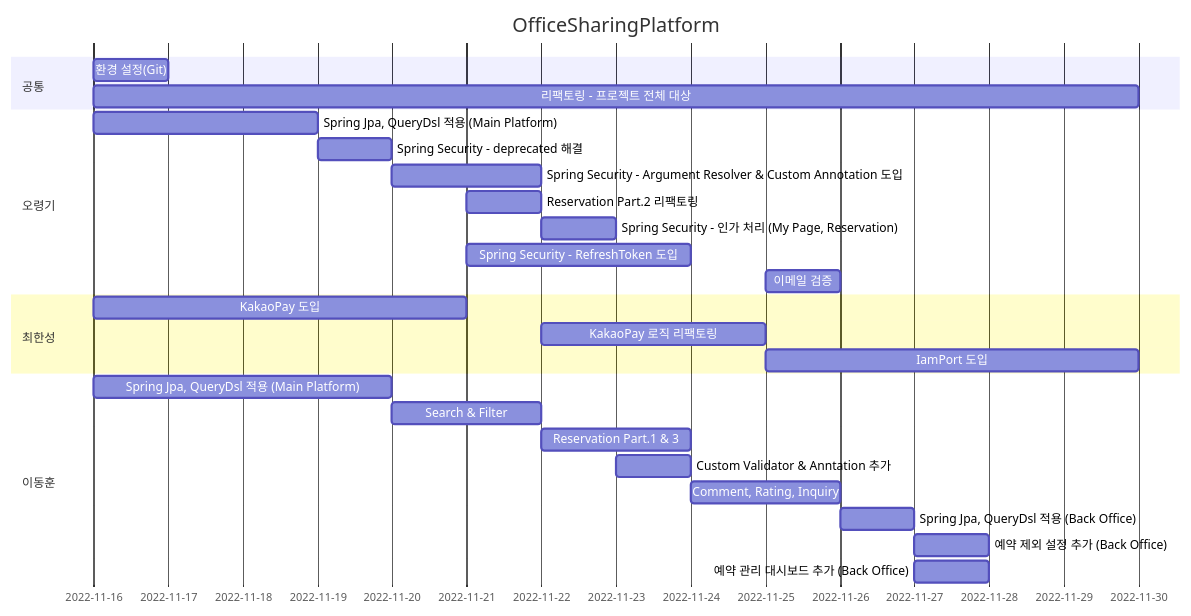
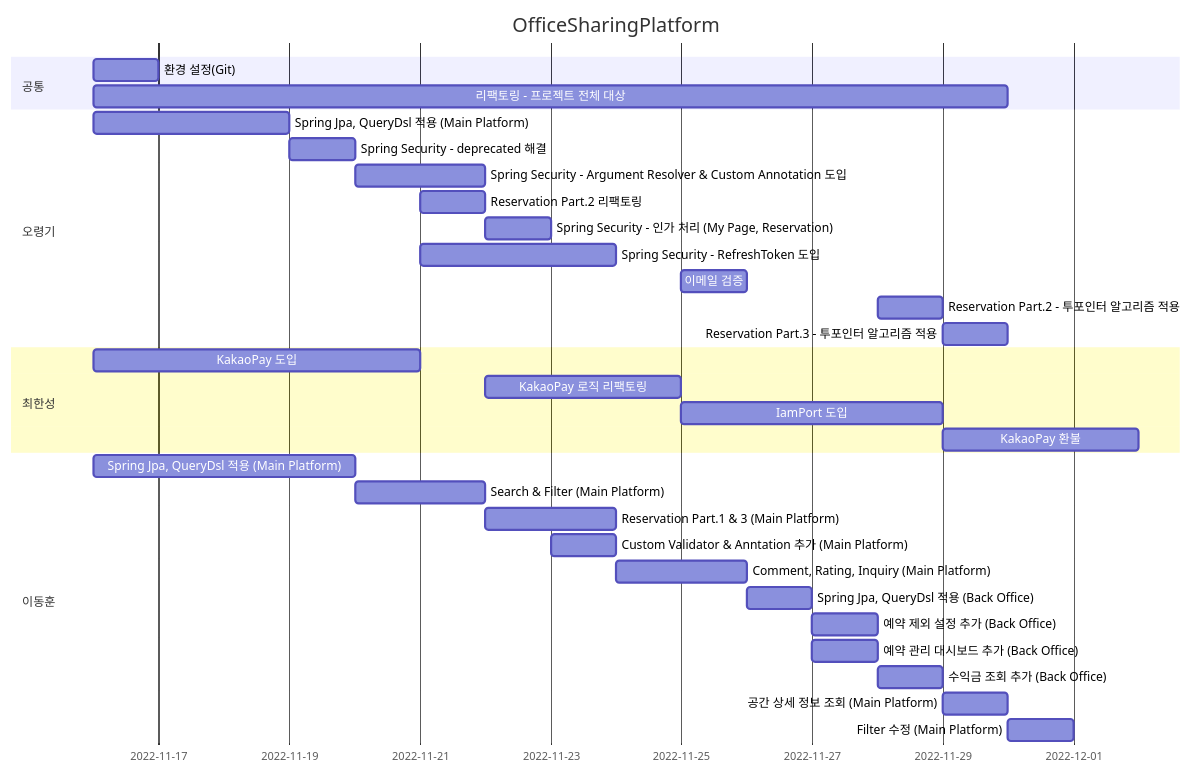
The diagram in README.md (Hell-O-Demon-World/PlaceSharingPlatformBETest), drawn with Mermaid before and after one commit. The commit also changed 3 other files, not shown here.

````diff
--- a/README.md
+++ b/README.md
@@ -11,34 +11,41 @@
 ```mermaid
 gantt
 dateFormat MM-DD
 title OfficeSharingPlatform
 
     section 공통
     환경 설정(Git)             :chap1, 11-16, 1d
     리팩토링 - 프로젝트 전체 대상   :chap2, 11-16, 11-30
 
     section 오령기
     Spring Jpa, QueryDsl 적용 (Main Platform)                     : chap1, 11-16, 3d
     Spring Security - deprecated 해결                             : chap2, 11-19, 1d
     Spring Security - Argument Resolver & Custom Annotation 도입  : chap3, 11-20, 2d
     Reservation Part.2 리팩토링                                    : chap4, 11-21, 1d
     Spring Security -  인가 처리 (My Page, Reservation)            : chap5, 11-22, 1d
     Spring Security - RefreshToken 도입                           : chap6, 11-21, 3d
     이메일 검증                                                     : chap7, 11-25, 1d
+    Reservation Part.2 - 투포인터 알고리즘 적용                        : chap8, 11-28, 1d
+    Reservation Part.3 - 투포인터 알고리즘 적용                        : chap8, 11-29, 1d
 
     section 최한성
     KakaoPay 도입        : chap1, 11-16, 5d
     KakaoPay 로직 리팩토링 : chap2, 11-22, 3d
-    IamPort 도입         : chap3, 11-25, 5d
+    IamPort 도입         : chap3, 11-25, 4d
+    KakaoPay 환불        : chap4, 11-29, 3d
     
     section 이동훈
-    Spring Jpa, QueryDsl 적용 (Main Platform)       : chap1, 11-16, 4d
-    Search & Filter                                : chap2, 11-20, 2d
-    Reservation Part.1 & 3                         : chap3, 11-22, 2d
-    Custom Validator & Anntation 추가               : chap4, 11-23, 1d
-    Comment, Rating, Inquiry                       : chap5, 11-24, 2d
-    Spring Jpa, QueryDsl 적용 (Back Office)         : chap6, 11-26, 1d
-    예약 제외 설정 추가 (Back Office)                   : chap7, 11-27, 1d
-    예약 관리 대시보드 추가 (Back Office)                 : chap8, 11-27, 1d
+    Spring Jpa, QueryDsl 적용 (Main Platform)         : chap1, 11-16, 4d
+    Search & Filter (Main Platform)                  : chap2, 11-20, 2d
+    Reservation Part.1 & 3 (Main Platform)           : chap3, 11-22, 2d
+    Custom Validator & Anntation 추가 (Main Platform) : chap4, 11-23, 1d
+    Comment, Rating, Inquiry (Main Platform)         : chap5, 11-24, 2d
+    Spring Jpa, QueryDsl 적용 (Back Office)           : chap6, 11-26, 1d
+    예약 제외 설정 추가 (Back Office)                     : chap7, 11-27, 1d
+    예약 관리 대시보드 추가 (Back Office)                  : chap8, 11-27, 1d
+    수익금 조회 추가 (Back Office)                       : chap9, 11-28, 1d
+    공간 상세 정보 조회 (Main Platform)                   : chap10, 11-29, 1d
+    Filter 수정 (Main Platform)                       : chap11, 11-30, 1d
+
 
 ```
````
